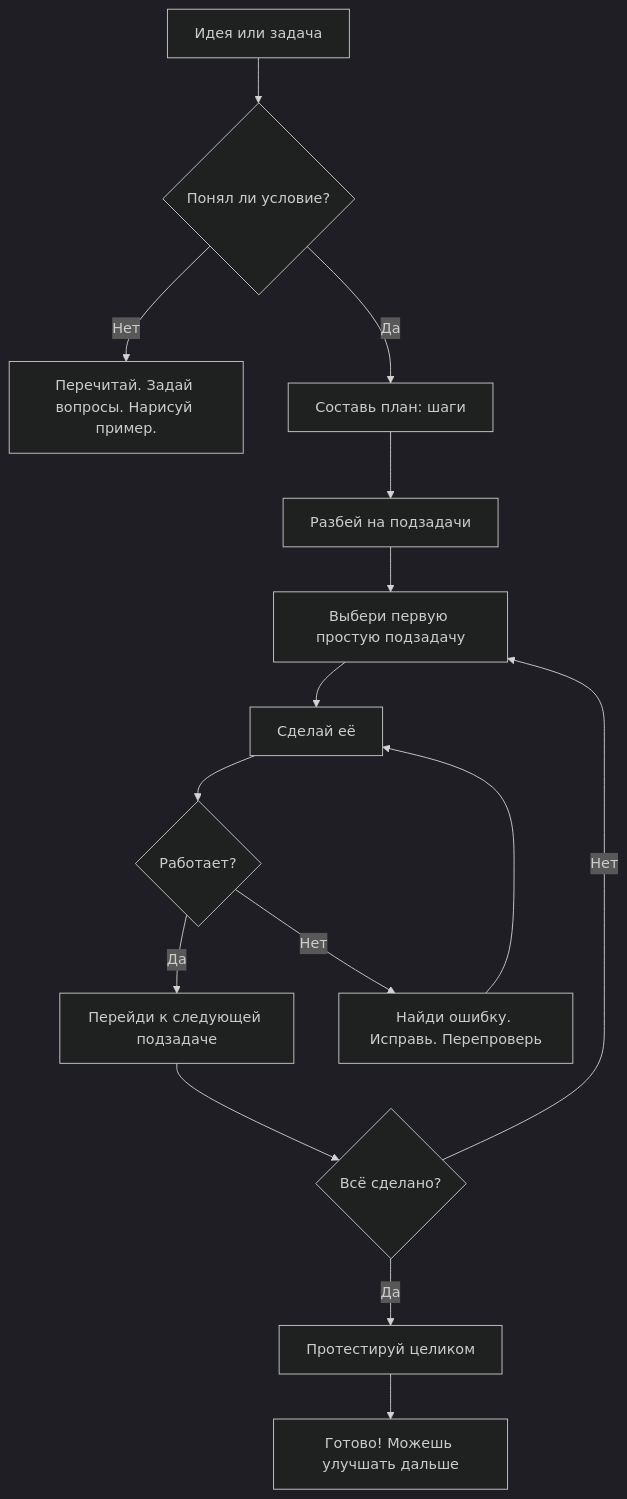
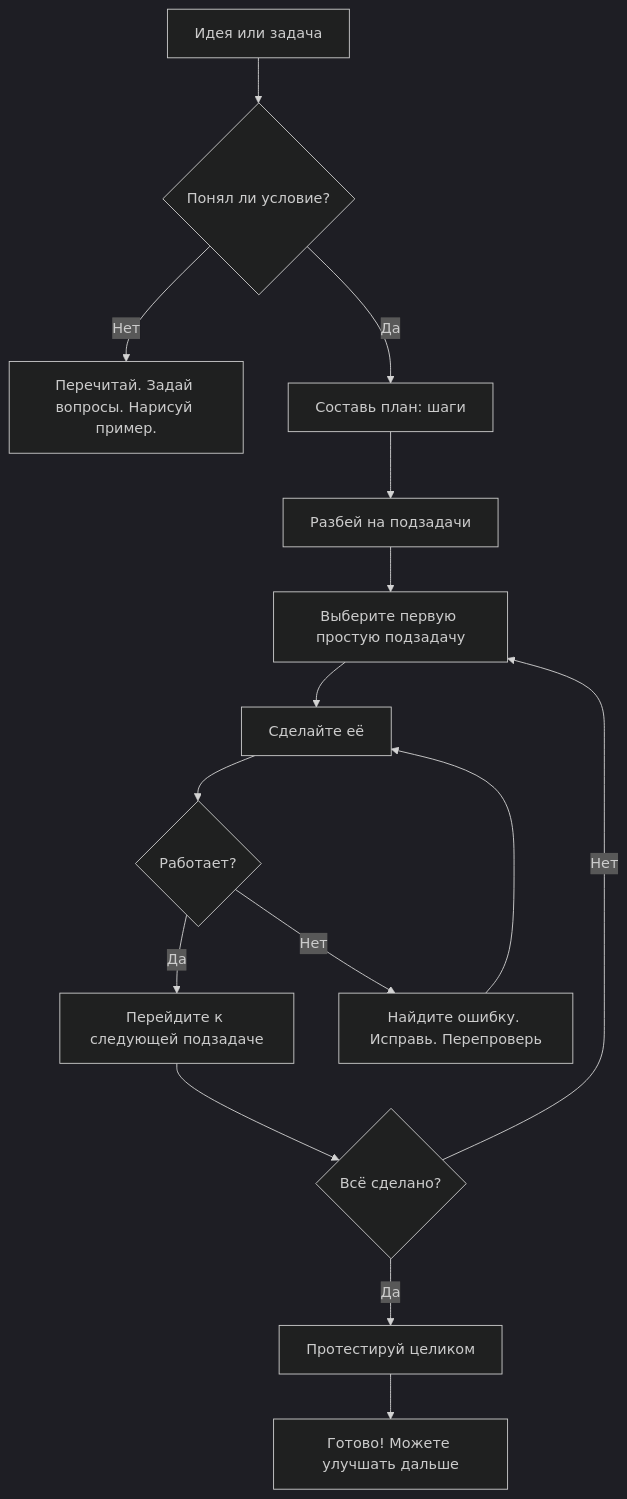
One commit to Spirzen/it-knowledge-base changed the second of 2 diagrams in docs/encyclopedia/9-spinoff/9-11-dlya-detey/3-development/11.md. Above: the diagram before and after it, drawn with Mermaid (dark theme). The commit also changed other lines of this file and 1180 other files, not shown here.

````diff
--- a/docs/encyclopedia/9-spinoff/9-11-dlya-detey/3-development/11.md
+++ b/docs/encyclopedia/9-spinoff/9-11-dlya-detey/3-development/11.md
@@ -235,17 +235,17 @@
 ```mermaid
 graph TD
     A[Идея или задача] --> B{Понял ли условие?}
     B -->|Нет| C[Перечитай. Задай вопросы. Нарисуй пример.]
     B -->|Да| D[Составь план: шаги]
     D --> E[Разбей на подзадачи]
-    E --> F[Выбери первую простую подзадачу]
-    F --> G[Сделай её]
+    E --> F[Выберите первую простую подзадачу]
+    F --> G[Сделайте её]
     G --> H{Работает?}
-    H -->|Да| I[Перейди к следующей подзадаче]
-    H -->|Нет| J[Найди ошибку. Исправь. Перепроверь]
+    H -->|Да| I[Перейдите к следующей подзадаче]
+    H -->|Нет| J[Найдите ошибку. Исправь. Перепроверь]
     J --> G
     I --> K{Всё сделано?}
     K -->|Нет| F
     K -->|Да| L[Протестируй целиком]
-    L --> M[Готово! Можешь улучшать дальше]
+    L --> M[Готово! Можете улучшать дальше]
 ```
````
